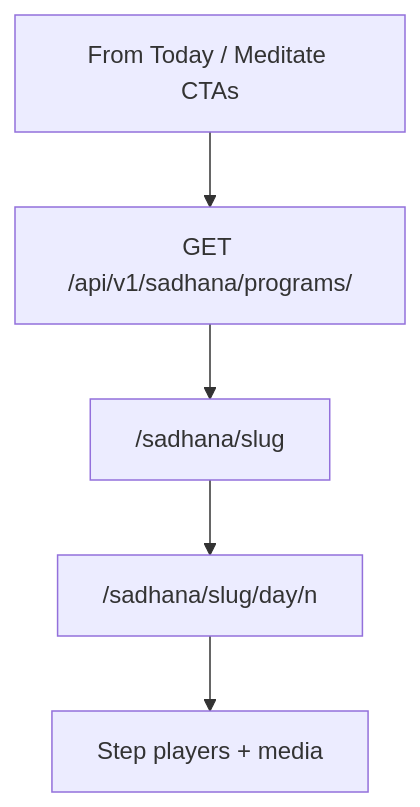
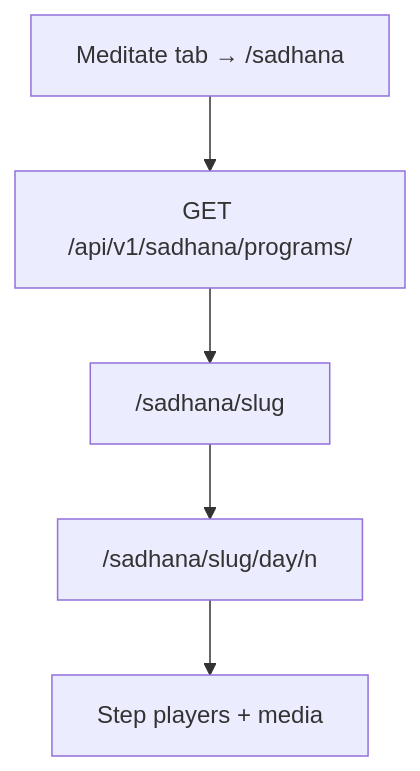
One commit to deeecoderrr/BhagwatGitaGuide changed the ninth of 16 diagrams in docs/USER_APP_FLOWS.md. Above: the diagram before and after it, drawn with Mermaid. The commit also changed other lines of this file and 16 other files, not shown here.

````diff
--- a/docs/USER_APP_FLOWS.md
+++ b/docs/USER_APP_FLOWS.md
@@ -181,9 +191,9 @@
 ```mermaid
 flowchart TD
-  Entry[From Today / Meditate CTAs]
+  Entry[Meditate tab → /sadhana]
 
   Entry --> ProgList["GET /api/v1/sadhana/programs/"]
   ProgList --> ProgDetail["/sadhana/slug"]
   ProgDetail --> Day["/sadhana/slug/day/n"]
   Day --> Steps[Step players + media]
 ```
````
